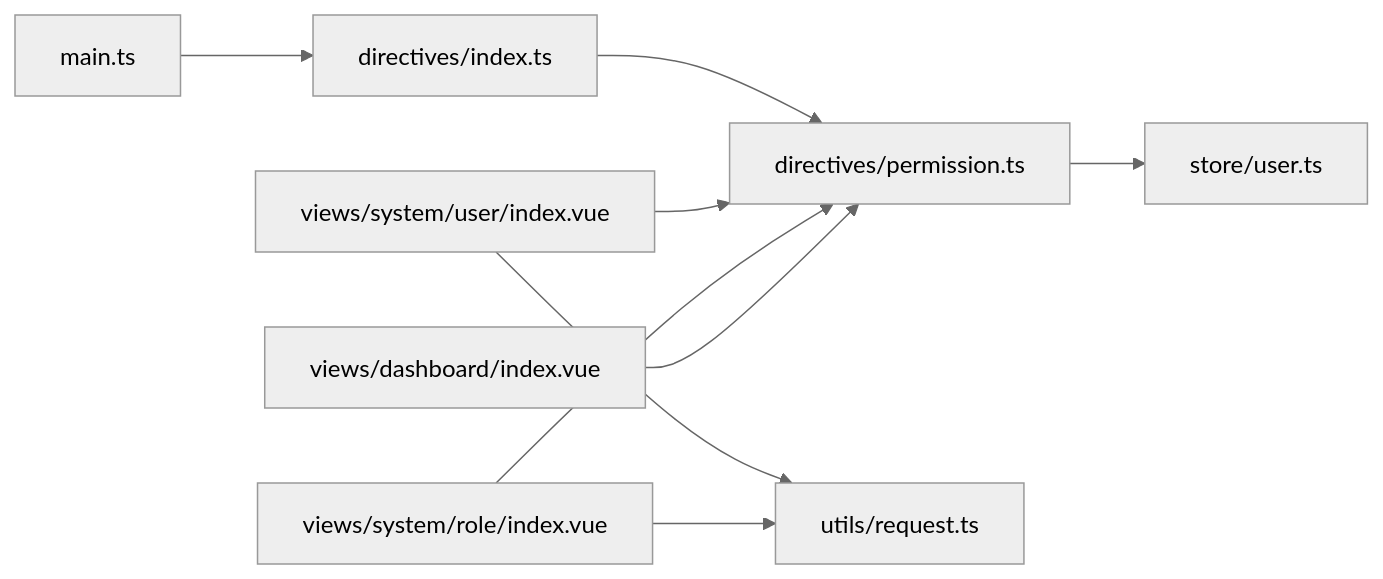
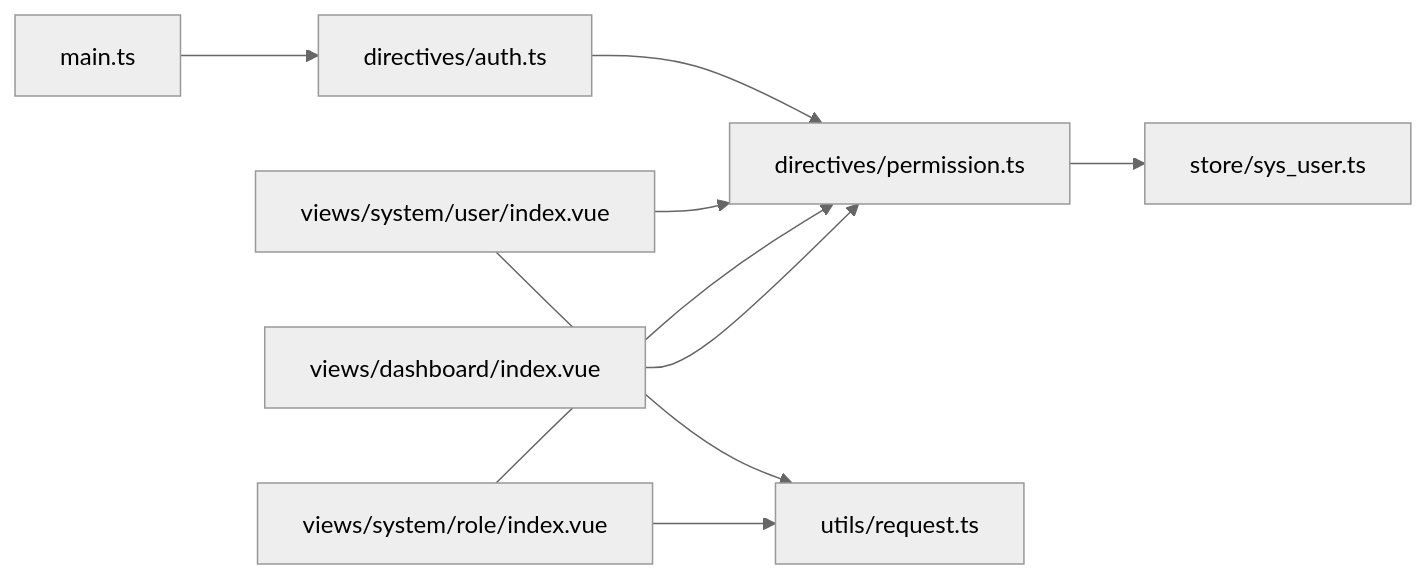
Before and after one commit to qiseyun/vue-ts-admin: the seventh of 7 diagrams in .qoder/repowiki/zh/content/组件与工具库/组件与工具库.md, drawn with Mermaid (neutral theme). The commit also changed other lines of this file and 42 other files, not shown here.

````diff
--- a/.qoder/repowiki/zh/content/组件与工具库/组件与工具库.md
+++ b/.qoder/repowiki/zh/content/组件与工具库/组件与工具库.md
@@ -339,11 +339,11 @@
 ```mermaid
 graph LR
-MAIN["main.ts"] --> DIR_INDEX["directives/index.ts"]
+MAIN["main.ts"] --> DIR_INDEX["directives/auth.ts"]
 DIR_INDEX --> DIR_PERM["directives/permission.ts"]
-DIR_PERM --> STORE_USER["store/user.ts"]
+DIR_PERM --> STORE_USER["store/sys_user.ts"]
 VIEW_USER["views/system/user/index.vue"] --> DIR_PERM
 VIEW_ROLE["views/system/role/index.vue"] --> DIR_PERM
 VIEW_DASH["views/dashboard/index.vue"] --> DIR_PERM
 VIEW_USER --> UTIL_REQ["utils/request.ts"]
 VIEW_ROLE --> UTIL_REQ
 ```
````
